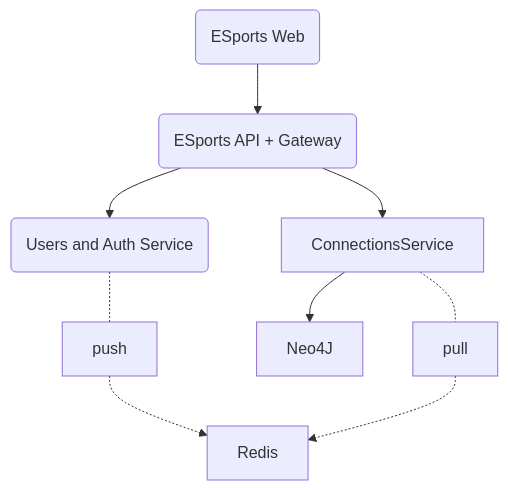
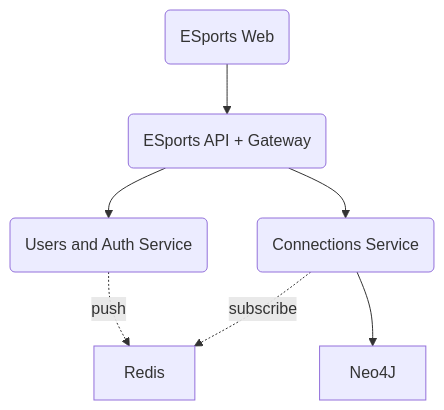
The second of 3 diagrams in README.md (Krismix1/soa-project), drawn with Mermaid before and after one commit. The commit also changed other lines of this file, not shown here.

Commit message:
Few tweaks to diagrams

````diff
--- a/README.md
+++ b/README.md
@@ -60,9 +60,9 @@
 ```mermaid
 graph TD
     ESportsWeb(ESports Web)-->ESportsAPIGateway(ESports API + Gateway)
     ESportsAPIGateway-->UsersAndAuthService(Users and Auth Service)
-    ESportsAPIGateway-->ConnectionsService
-    UsersAndAuthService-.-push-.->Redis
+    ESportsAPIGateway-->ConnectionsService(Connections Service)
+    UsersAndAuthService-.push.->Redis
     ConnectionsService-->Neo4J
-    ConnectionsService-.-pull-.->Redis
+    ConnectionsService-.subscribe.->Redis
 ```
````
